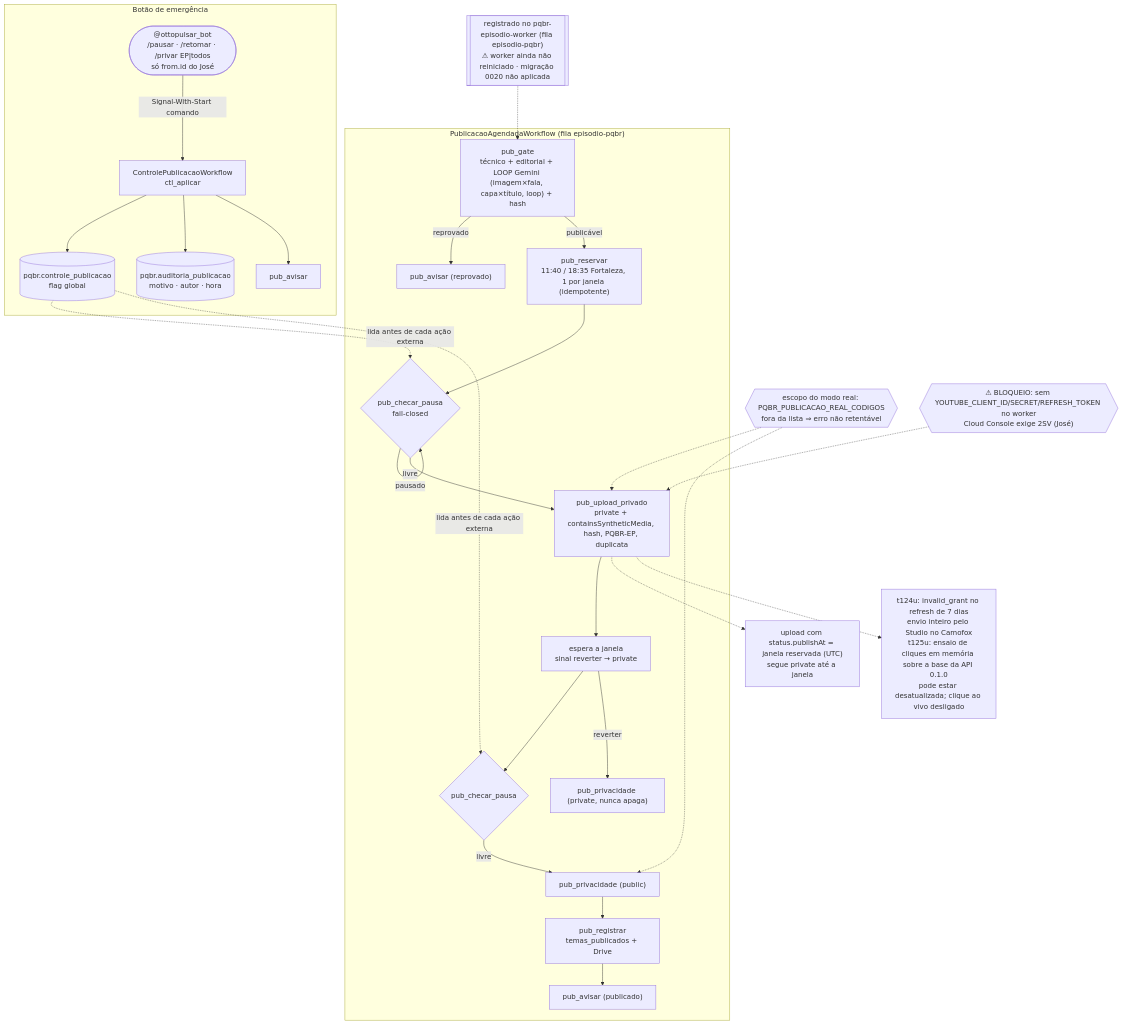
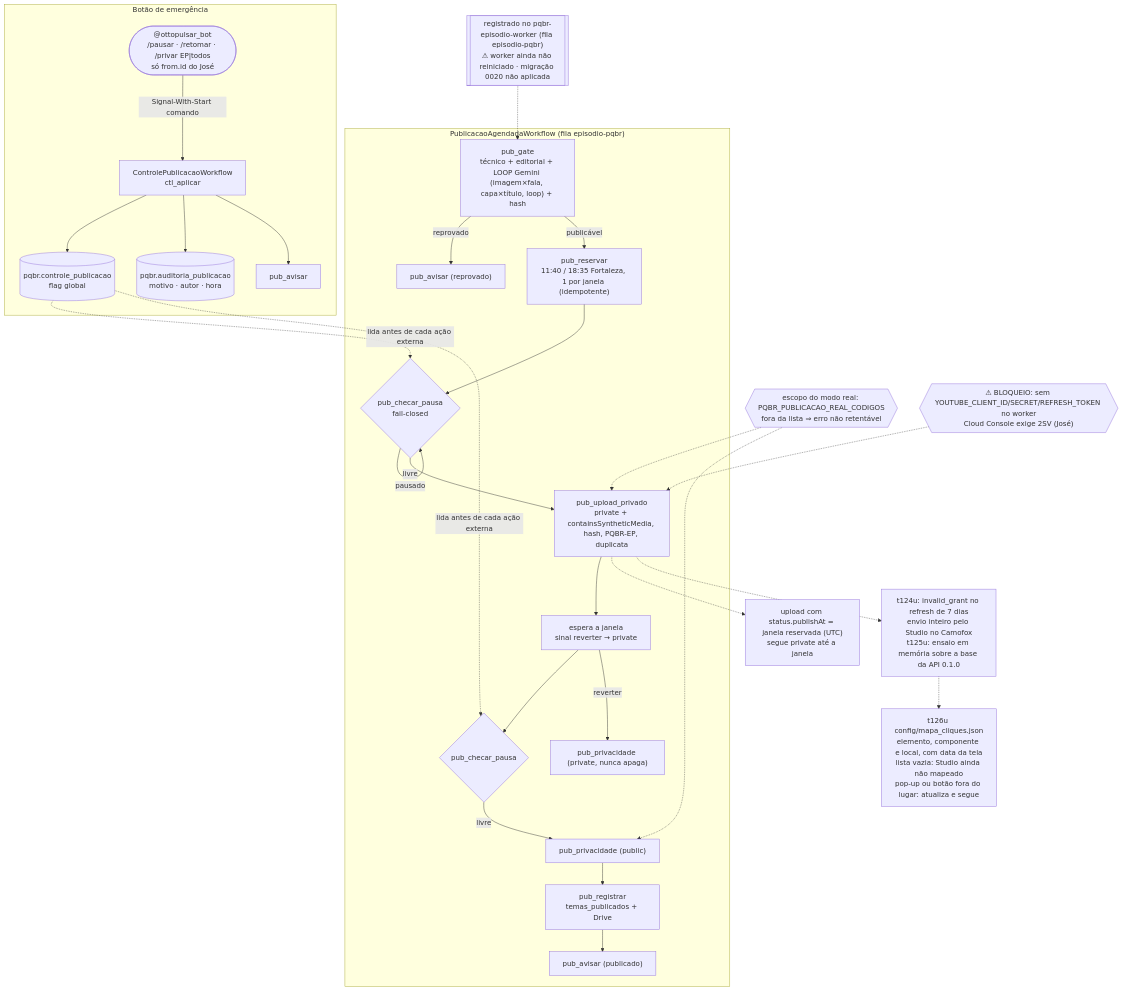
The diagram in docs/mapa/11-publicacao.mmd (jvmendesjr/PQBR), drawn with Mermaid before and after one commit. The commit also changed 12 other files, not shown here.

First line of the commit message:
regras: honestidade comum e mapa de cliques vazio (t126u)

```diff
--- a/docs/mapa/11-publicacao.mmd
+++ b/docs/mapa/11-publicacao.mmd
@@ -1,26 +1,27 @@
 %% Publicação automática + botão de emergência (t540/t541, José 25/10/2026). Alterado pelo agente externo PQBR com autorização do José.
 %% Sem aprovação humana: o gate é a única barreira. Telegram só AVISA. Simulação por padrão (YOUTUBE_DRY_RUN + PQBR_PUBLICACAO_REAL).
 flowchart TD
   subgraph PUB["PublicacaoAgendadaWorkflow (fila episodio-pqbr)"]
     G["pub_gate<br/>técnico + editorial + LOOP Gemini (imagem×fala, capa×título, loop) + hash"] -->|reprovado| AR["pub_avisar (reprovado)"]
     G -->|publicável| R["pub_reservar<br/>11:40 / 18:35 Fortaleza, 1 por janela (idempotente)"]
     R --> P1{"pub_checar_pausa<br/>fail-closed"} -->|pausado| P1
     P1 -->|livre| U["pub_upload_privado<br/>private + containsSyntheticMedia, hash, PQBR-EP, duplicata"]
     U --> W["espera a janela<br/>sinal reverter → private"]
     W --> P2{"pub_checar_pausa"} -->|livre| PR["pub_privacidade (public)"]
     PR --> RG["pub_registrar<br/>temas_publicados + Drive"] --> AP["pub_avisar (publicado)"]
     W -->|reverter| RV["pub_privacidade (private, nunca apaga)"]
   end
   subgraph EMG["Botão de emergência"]
     TG(["@ottopulsar_bot<br/>/pausar · /retomar · /privar EP|todos<br/>só from.id do José"]) -->|Signal-With-Start comando| CTL["ControlePublicacaoWorkflow<br/>ctl_aplicar"]
     CTL --> FLAG[("pqbr.controle_publicacao<br/>flag global")]
     CTL --> AUD[("pqbr.auditoria_publicacao<br/>motivo · autor · hora")]
     CTL --> AV2["pub_avisar"]
   end
   FLAG -.lida antes de cada ação externa.-> P1 & P2
   %% 0.4.5 (t69s317/t70u, 26/10/2026)
   U -.-> PA["upload com status.publishAt = janela reservada (UTC)<br/>segue private até a janela"]
-  U -.-> CF["t124u: invalid_grant no refresh de 7 dias<br/>envio inteiro pelo Studio no Camofox<br/>t125u: ensaio de cliques em memória sobre a base da API 0.1.0<br/>pode estar desatualizada; clique ao vivo desligado"]
+  U -.-> CF["t124u: invalid_grant no refresh de 7 dias<br/>envio inteiro pelo Studio no Camofox<br/>t125u: ensaio em memória sobre a base da API 0.1.0"]
+  CF -.-> MC["t126u config/mapa_cliques.json<br/>elemento, componente e local, com data da tela<br/>lista vazia: Studio ainda não mapeado<br/>pop-up ou botão fora do lugar: atualiza e segue"]
   SC{{"escopo do modo real: PQBR_PUBLICACAO_REAL_CODIGOS<br/>fora da lista ⇒ erro não retentável"}} -.-> U & PR
   WK[["registrado no pqbr-episodio-worker (fila episodio-pqbr)<br/>⚠ worker ainda não reiniciado · migração 0020 não aplicada"]] -.-> G
   BL{{"⚠ BLOQUEIO: sem YOUTUBE_CLIENT_ID/SECRET/REFRESH_TOKEN no worker<br/>Cloud Console exige 2SV (José)"}} -.-> U
```
